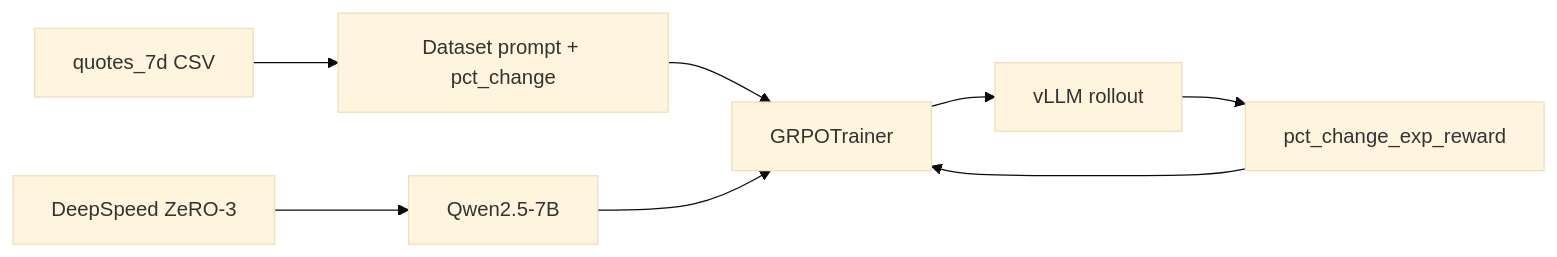
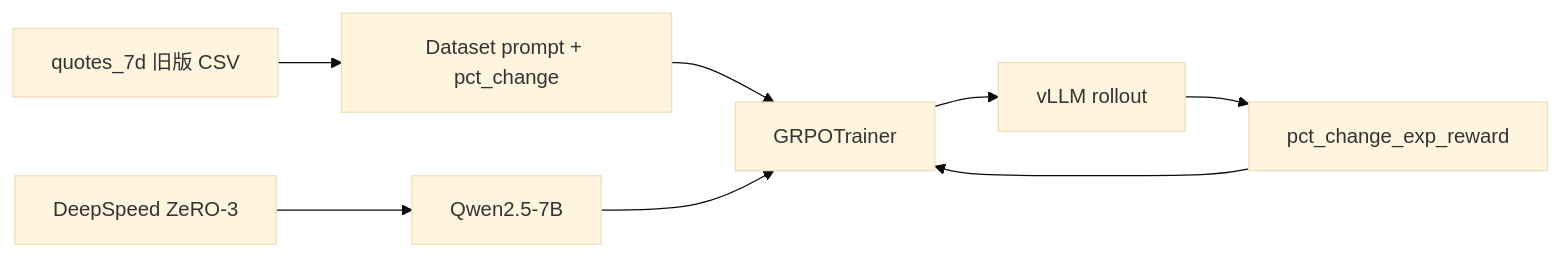
The second of 2 diagrams in docs/ARCHITECTURE.md (phcool/MarketMind), drawn with Mermaid (base theme) before and after one commit. The commit also changed other lines of this file and 9 other files, not shown here.

````diff
--- a/docs/ARCHITECTURE.md
+++ b/docs/ARCHITECTURE.md
@@ -242,10 +235,10 @@
 ```mermaid
 flowchart LR
-  CSV[quotes_7d CSV] --> DS[Dataset prompt + pct_change]
+  CSV[quotes_7d 旧版 CSV] --> DS[Dataset prompt + pct_change]
   DS --> T[GRPOTrainer]
   M[Qwen2.5-7B] --> T
   T --> V[vLLM rollout]
   V --> R[pct_change_exp_reward]
   R --> T
   DS3[DeepSpeed ZeRO-3] --> M
 ```
````
